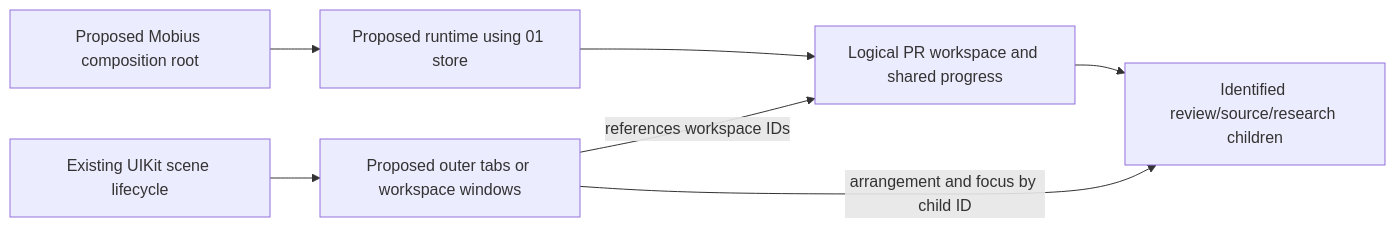
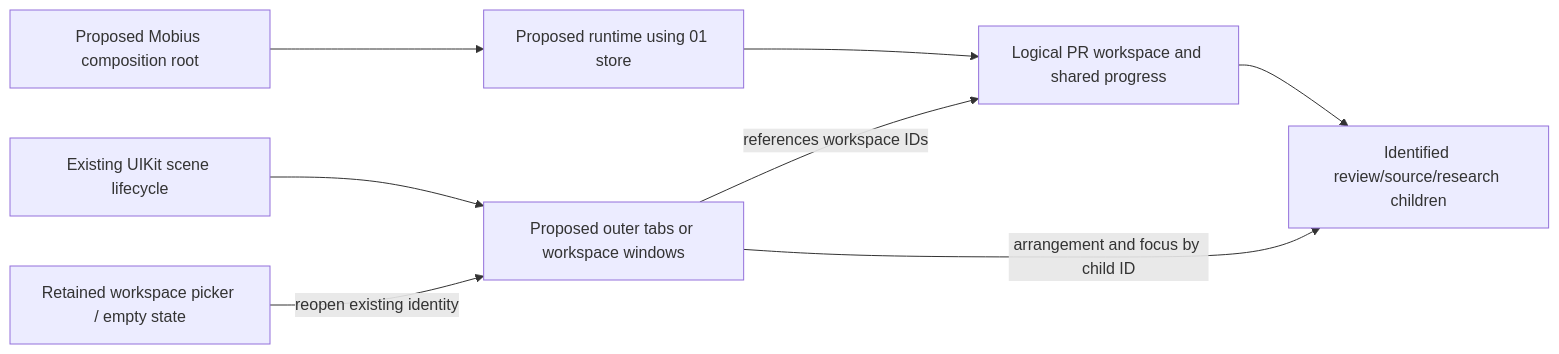
The diagram in Plans/2026-11-14-mobius/02-application-workspace.md (kyleve/Stuff), drawn with Mermaid before and after one commit. The commit also changed other lines of this file and 3 other files, not shown here.

Commit message:
docs(Mobius): plan retained workspace close and reopen

````diff
--- a/Plans/2026-11-14-mobius/02-application-workspace.md
+++ b/Plans/2026-11-14-mobius/02-application-workspace.md
@@ -39,9 +41,10 @@
 ```mermaid
 flowchart LR
     Root["Proposed Mobius composition root"] --> Runtime["Proposed runtime using 01 store"]
     Runtime --> Workspace["Logical PR workspace and shared progress"]
     Workspace --> Children["Identified review/source/research children"]
     Native["Existing UIKit scene lifecycle"] --> Presentation["Proposed outer tabs or workspace windows"]
     Presentation -->|references workspace IDs| Workspace
+    Picker["Retained workspace picker / empty state"] -->|reopen existing identity| Presentation
     Presentation -->|arrangement and focus by child ID| Children
 ```
````
